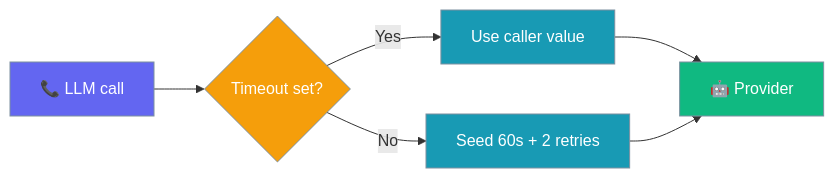
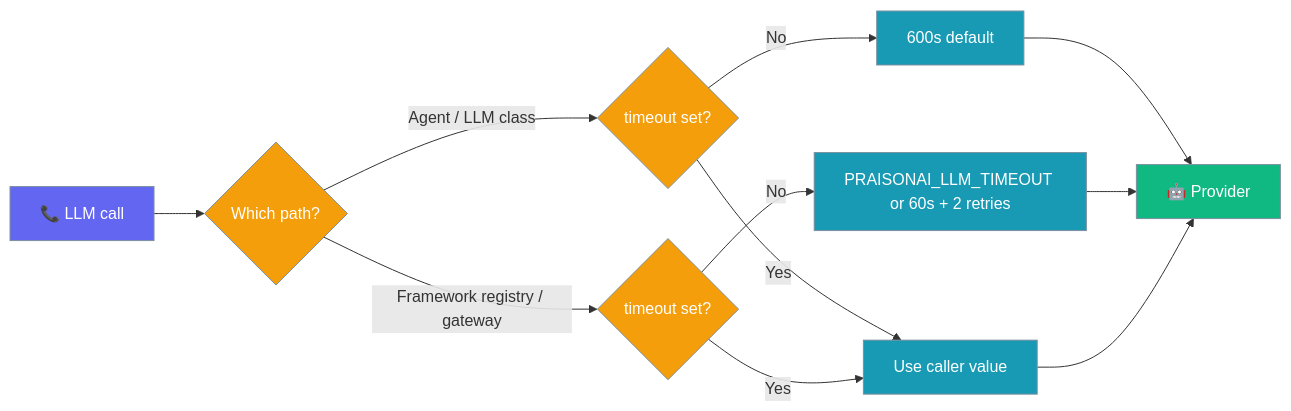
Before and after one commit to MervinPraison/PraisonAIDocs: the diagram in docs/features/llm-timeouts.mdx, drawn with Mermaid. The commit also changed other lines of this file and 1 other file, not shown here.

Commit message:
fix: document 600s default timeout on direct LLM/Agent path (fixes #4667)

````diff
--- a/docs/features/llm-timeouts.mdx
+++ b/docs/features/llm-timeouts.mdx
@@ -10,18 +10,23 @@
 ```mermaid
 graph LR
-    Call[📞 LLM call] --> Seed{Timeout set?}
-    Seed -->|Yes| Keep[Use caller value]
-    Seed -->|No| Default[Seed 60s + 2 retries]
-    Keep --> Provider[🤖 Provider]
-    Default --> Provider
+    Call[📞 LLM call] --> Path{Which path?}
+    Path -->|Agent / LLM class| Direct{timeout set?}
+    Path -->|Framework registry / gateway| Reg{timeout set?}
+    Direct -->|No| D600[600s default]
+    Direct -->|Yes| Keep[Use caller value]
+    Reg -->|No| D60[PRAISONAI_LLM_TIMEOUT or 60s + 2 retries]
+    Reg -->|Yes| Keep
+    D600 --> Provider[🤖 Provider]
+    D60 --> Provider
+    Keep --> Provider
 
     classDef input fill:#6366F1,stroke:#7C90A0,color:#fff
     classDef gate fill:#F59E0B,stroke:#7C90A0,color:#fff
     classDef process fill:#189AB4,stroke:#7C90A0,color:#fff
     classDef output fill:#10B981,stroke:#7C90A0,color:#fff
 
     class Call input
-    class Seed gate
-    class Default,Keep process
+    class Path,Direct,Reg gate
+    class D600,D60,Keep process
     class Provider output
 ```
````
